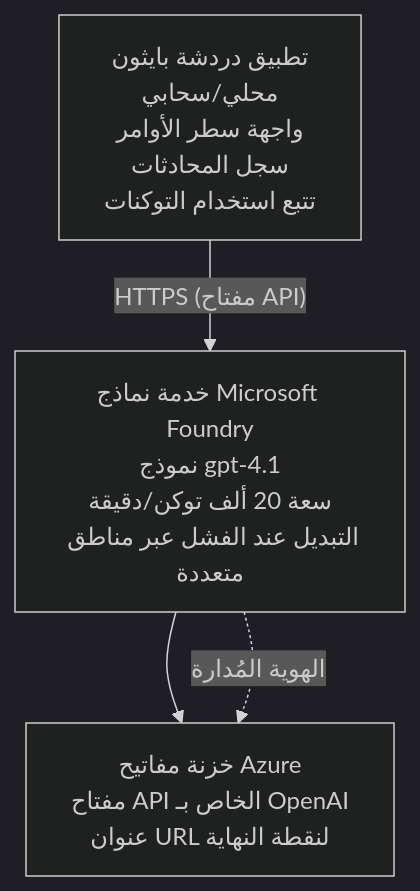
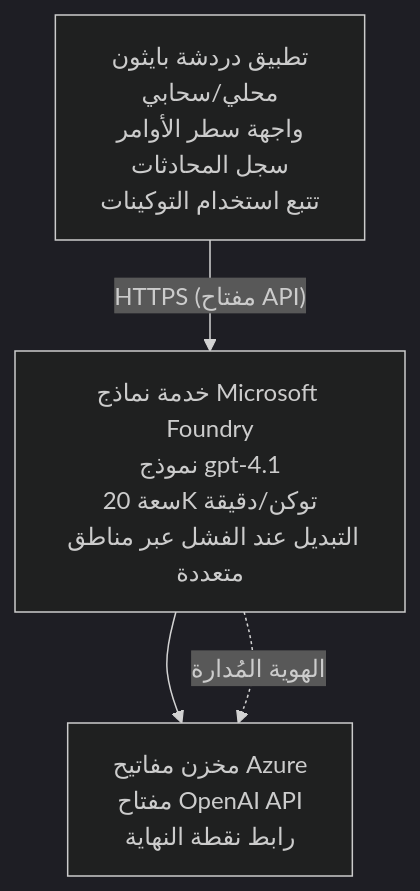
One commit to microsoft/AZD-for-beginners changed the diagram in translations/ar/examples/azure-openai-chat/README.md. Above: the diagram before and after it, drawn with Mermaid (dark theme). The commit also changed other lines of this file and 104 other files, not shown here.

````diff
--- a/translations/ar/examples/azure-openai-chat/README.md
+++ b/translations/ar/examples/azure-openai-chat/README.md
@@ -26,6 +26,6 @@
 ```mermaid
 graph TD
-    App[تطبيق دردشة بايثون<br/>محلي/سحابي<br/>واجهة سطر الأوامر<br/>سجل المحادثات<br/>تتبع استخدام التوكنات] -- "HTTPS (مفتاح API)" --> Foundry[خدمة نماذج Microsoft Foundry<br/>نموذج gpt-4.1<br/>سعة 20 ألف توكن/دقيقة<br/>التبديل عند الفشل عبر مناطق متعددة]
-    Foundry --> KV[خزنة مفاتيح Azure<br/>مفتاح API الخاص بـ OpenAI<br/>عنوان URL لنقطة النهاية]
+    App[تطبيق دردشة بايثون<br/>محلي/سحابي<br/>واجهة سطر الأوامر<br/>سجل المحادثات<br/>تتبع استخدام التوكينات] -- "HTTPS (مفتاح API)" --> Foundry[خدمة نماذج Microsoft Foundry<br/>نموذج gpt-4.1<br/>سعة 20K توكن/دقيقة<br/>التبديل عند الفشل عبر مناطق متعددة]
+    Foundry --> KV[مخزن مفاتيح Azure<br/>مفتاح OpenAI API<br/>رابط نقطة النهاية]
     Foundry -. الهوية المُدارة .-> KV
 ```
````
